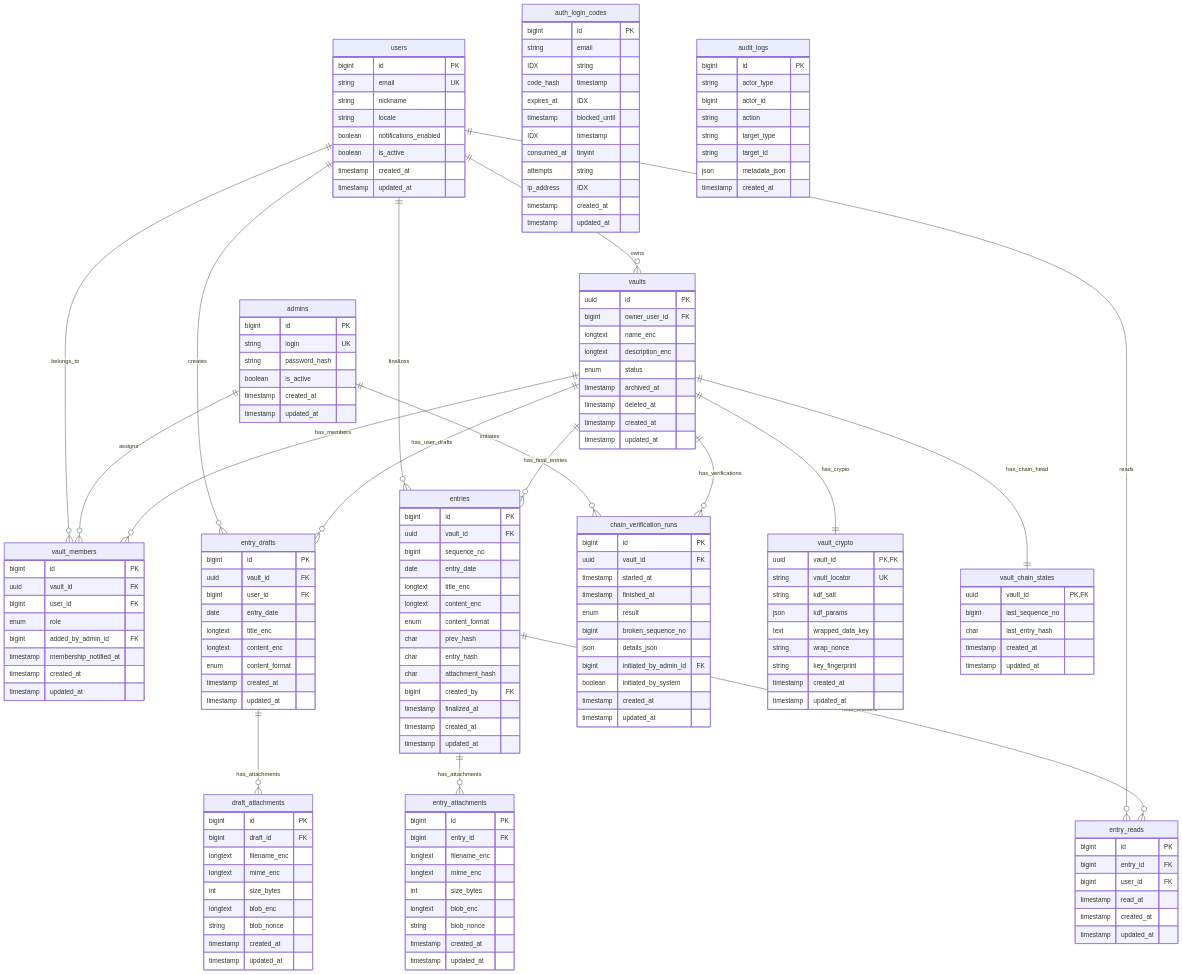
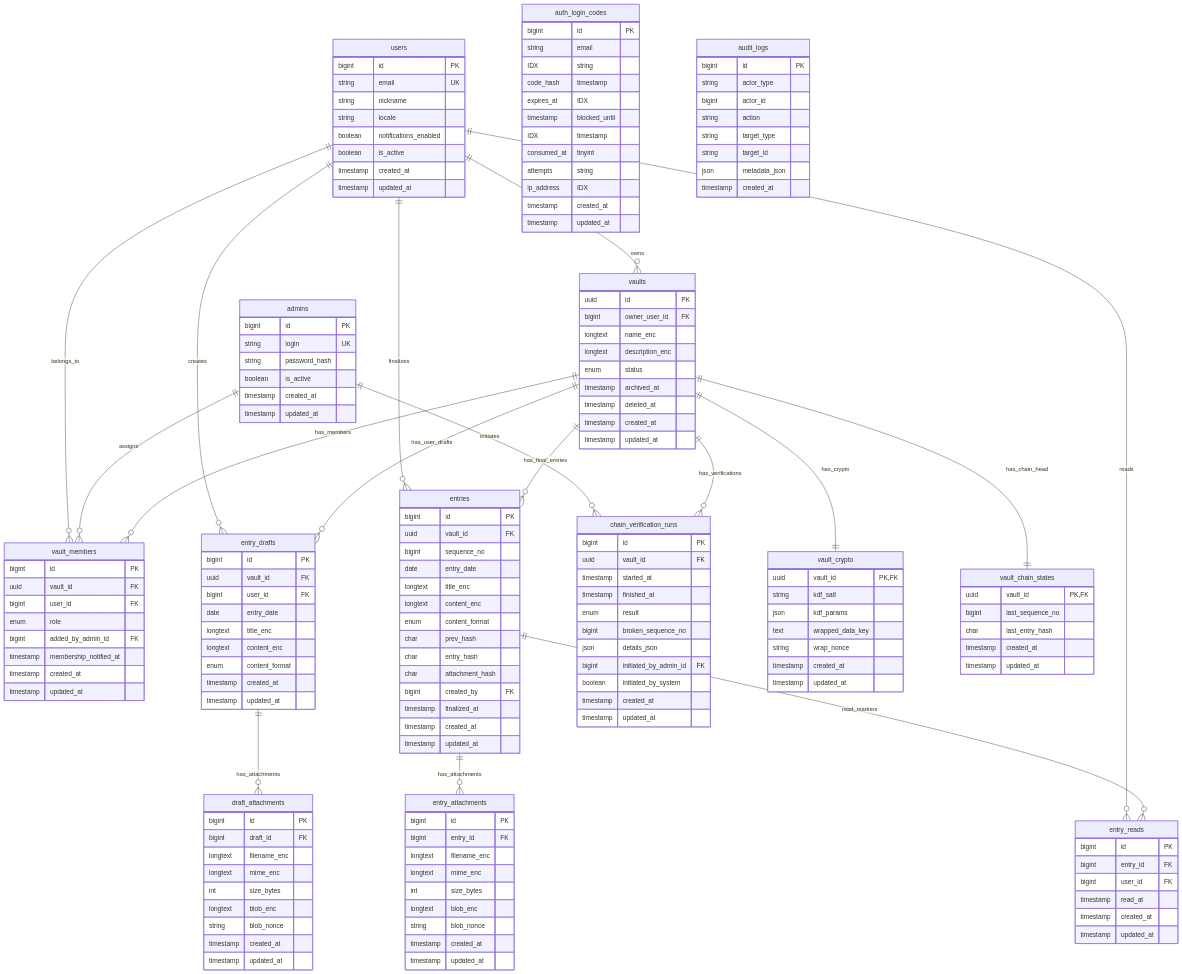
The diagram in docs/erd.md (evilprophet/cryptosik), drawn with Mermaid before and after one commit. The commit also changed other lines of this file and 112 other files, not shown here.

```diff
--- a/docs/erd.md
+++ b/docs/erd.md
@@ -85,12 +85,10 @@
 
     vault_crypto {
         uuid vault_id PK,FK
-        string vault_locator UK
         string kdf_salt
         json kdf_params
         text wrapped_data_key
         string wrap_nonce
-        string key_fingerprint
         timestamp created_at
         timestamp updated_at
     }
```
